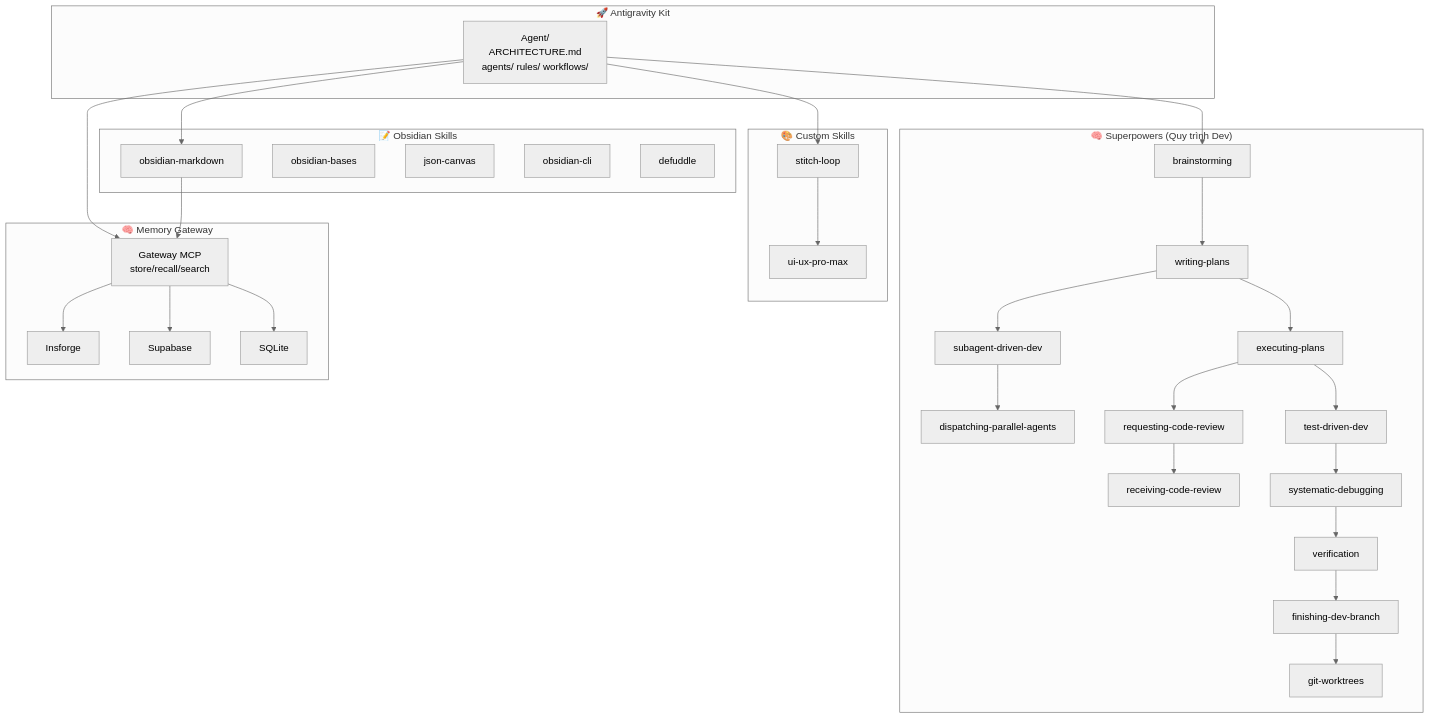
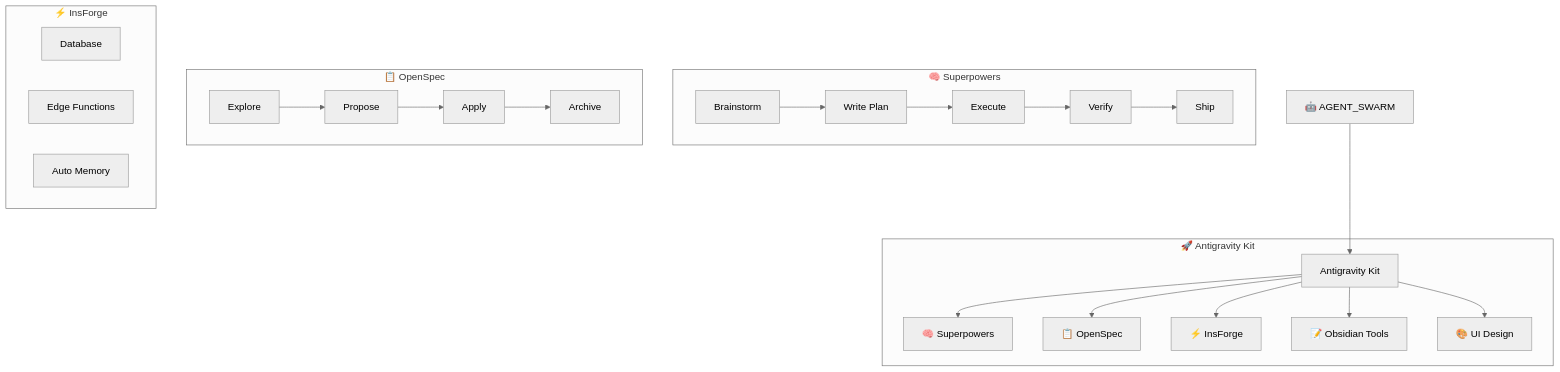
One commit to Long0308/Obsidan-LongPhamOpenBIM-MemoryContext changed the diagram in vault/LPOpenBIMAI/AGENT_SWARM.md. Above: the diagram before and after it, drawn with Mermaid (neutral theme). The commit also changed other lines of this file and 7 other files, not shown here.

First line of the commit message:
🏗️ Platform Hub restructure — 6 hub nodes for graph clustering

````diff
--- a/vault/LPOpenBIMAI/AGENT_SWARM.md
+++ b/vault/LPOpenBIMAI/AGENT_SWARM.md
@@ -18,48 +18,34 @@
 ```mermaid
 graph TB
+    MOC["🤖 AGENT_SWARM"]
+
     subgraph "🚀 Antigravity Kit"
-        AK["Agent/\nARCHITECTURE.md\nagents/ rules/ workflows/"]
+        AK["Antigravity Kit"]
+        AK --> SP["🧠 Superpowers"]
+        AK --> OS["📋 OpenSpec"]
+        AK --> IF["⚡ InsForge"]
+        AK --> OT["📝 Obsidian Tools"]
+        AK --> UD["🎨 UI Design"]
     end
 
-    subgraph "🧠 Superpowers (Quy trình Dev)"
-        BS["brainstorming"] --> WP["writing-plans"]
-        WP --> EP["executing-plans"]
-        WP --> SDD["subagent-driven-dev"]
-        SDD --> DPA["dispatching-parallel-agents"]
-        EP --> TDD["test-driven-dev"]
-        EP --> RCR["requesting-code-review"]
-        RCR --> RECV["receiving-code-review"]
-        TDD --> SD["systematic-debugging"]
-        SD --> VBC["verification"]
-        VBC --> FDB["finishing-dev-branch"]
-        FDB --> GW_["git-worktrees"]
+    subgraph "🧠 Superpowers"
+        BS["Brainstorm"] --> WP["Write Plan"]
+        WP --> EP["Execute"]
+        EP --> VR["Verify"]
+        VR --> FN["Ship"]
     end
 
-    subgraph "📝 Obsidian Skills"
-        OM["obsidian-markdown"]
-        OB["obsidian-bases"]
-        JC["json-canvas"]
-        OC["obsidian-cli"]
-        DF["defuddle"]
+    subgraph "📋 OpenSpec"
+        EX["Explore"] --> PR["Propose"]
+        PR --> AP["Apply"]
+        AP --> AR["Archive"]
     end
 
-    subgraph "🎨 Custom Skills"
-        SL["stitch-loop"] --> UX["ui-ux-pro-max"]
+    subgraph "⚡ InsForge"
+        DB["Database"]
+        FN2["Edge Functions"]
+        MEM["Auto Memory"]
     end
 
-    subgraph "🧠 Memory Gateway"
-        MG["Gateway MCP\nstore/recall/search"]
-        INS["Insforge"] 
-        SUP["Supabase"]
-        SQL["SQLite"]
-        MG --> INS
-        MG --> SUP
-        MG --> SQL
-    end
-
-    AK --> BS
-    AK --> SL
-    AK --> OM
-    AK --> MG
-    OM --> MG
+    MOC --> AK
 ```
````
